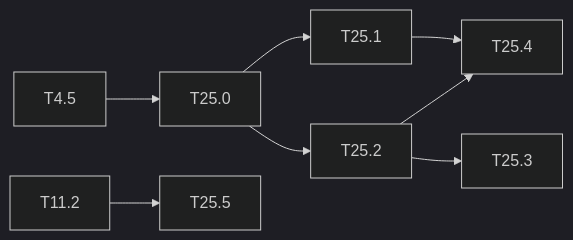
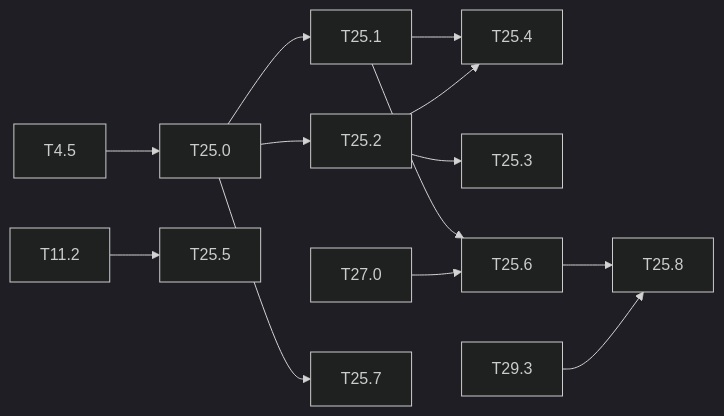
The diagram in docs/tasks/M25-dependability.md (lrivals/EmbeddedComputervision), drawn with Mermaid (dark theme) before and after one commit. The commit also changed other lines of this file and 6 other files, not shown here.

````diff
--- a/docs/tasks/M25-dependability.md
+++ b/docs/tasks/M25-dependability.md
@@ -87,7 +122,11 @@
 ```mermaid
 graph LR
   T45[T4.5] --> T250[T25.0] --> T251[T25.1] --> T254[T25.4]
   T250 --> T252[T25.2] --> T253[T25.3]
   T252 --> T254
   T112[T11.2] --> T255[T25.5]
+  T251 --> T256[T25.6] --> T258[T25.8]
+  T270[T27.0] --> T256
+  T250 --> T257[T25.7]
+  T293[T29.3] --> T258
 ```
````
